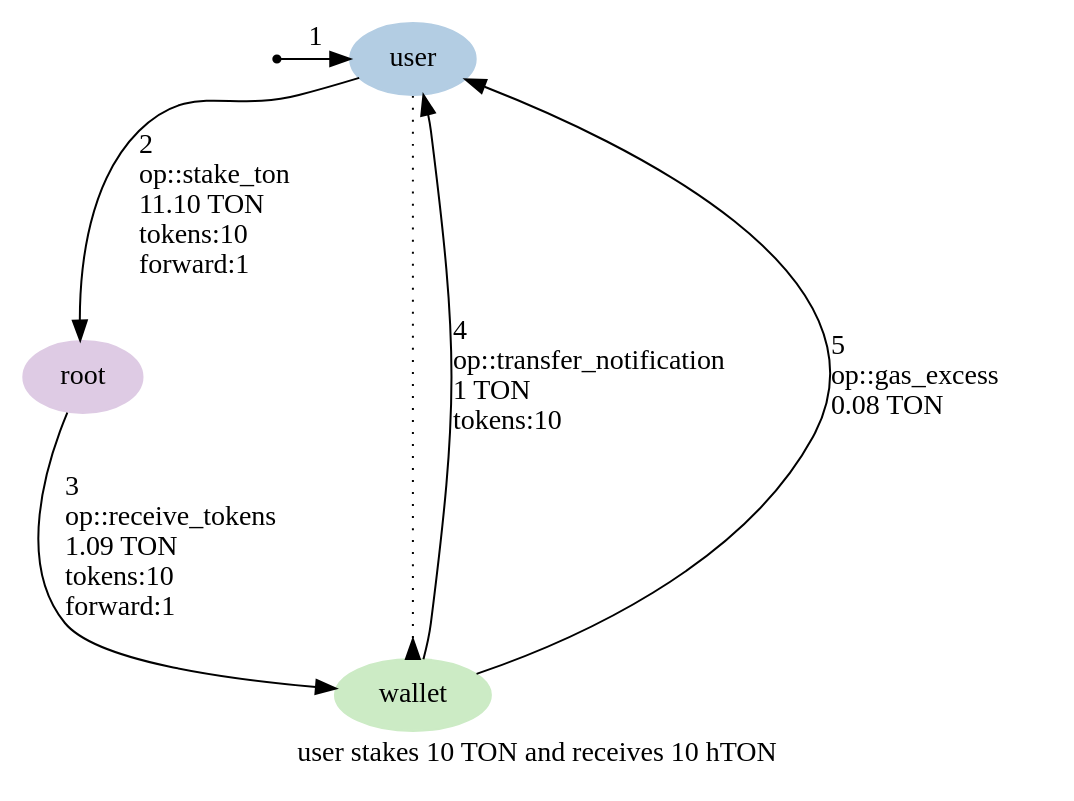
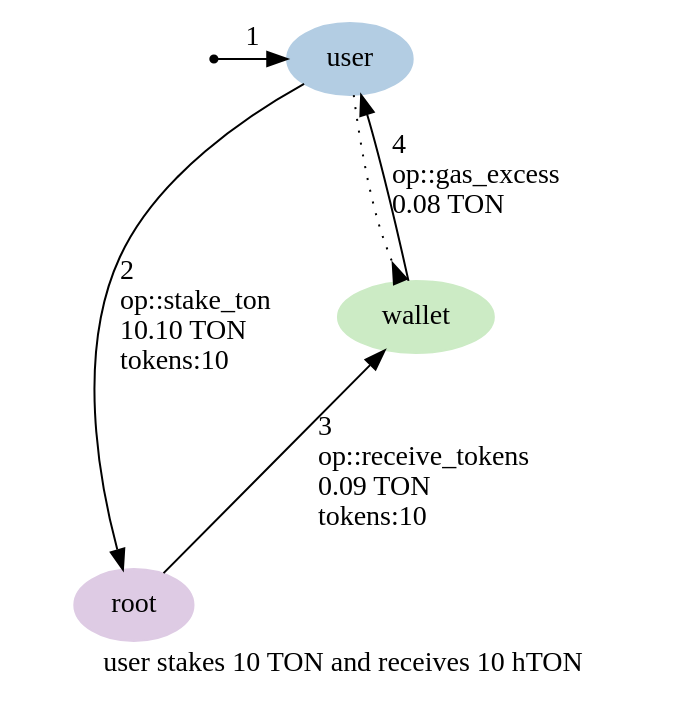
The diagram in graphs/01-stake-ton-self.dot (HipoFinance/contract), drawn with Graphviz before and after one commit. The commit also changed 15 other files, not shown here.

```diff
--- a/graphs/01-stake-ton-self.dot
+++ b/graphs/01-stake-ton-self.dot
@@ -1,22 +1,21 @@
 digraph {
     label="user stakes 10 TON and receives 10 hTON"
     node [ colorscheme=pastel19 style=filled ]
 
     /* Entities */
     external [ shape=point ]
     user [ color=2 ]
     root [ color=4 ]
     wallet [ color=3 ]
 
     /* Relationships */
     external -> user [ label="1" ]
-    user -> root [ label="2\l op::stake_ton\l 11.10 TON\l tokens:10\l forward:1\l" ]
-    root -> wallet [ label="3\l op::receive_tokens\l 1.09 TON\l tokens:10\l forward:1\l" ]
+    user -> root [ label="2\l op::stake_ton\l 10.10 TON\l tokens:10\l" ]
+    root -> wallet [ label="3\l op::receive_tokens\l 0.09 TON\l tokens:10\l" ]
     user -> wallet [ arrowhead=inv style=dotted ]
-    wallet -> user [ label="4\l op::transfer_notification\l 1 TON\l tokens:10\l" ]
-    wallet -> user [ label="5\l op::gas_excess\l 0.08 TON\l" ]
+    wallet -> user [ label="4\l op::gas_excess\l 0.08 TON\l" ]
 
     /* Ranks */
     { rank=min external user }
-    { rank=max wallet }
+    { rank=max root }
 }
```
